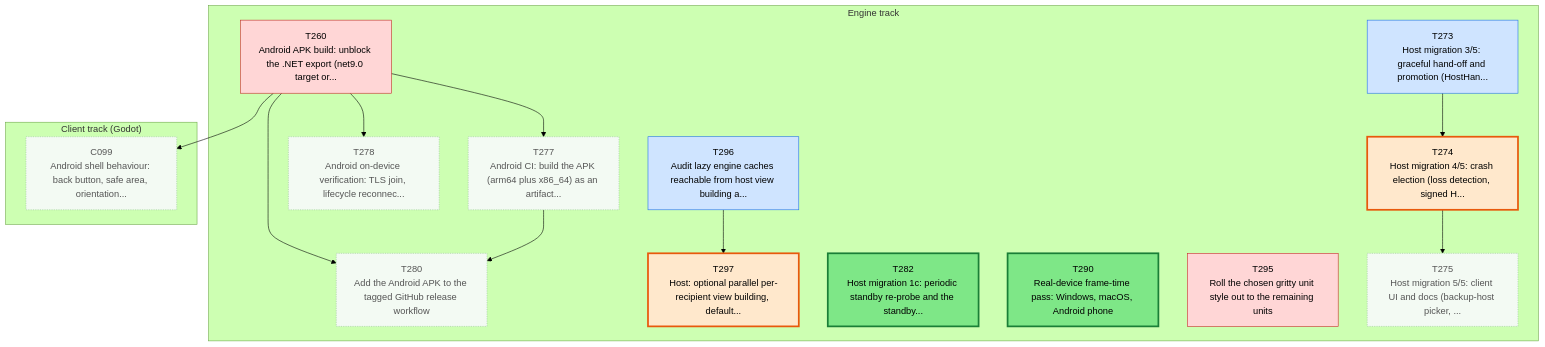
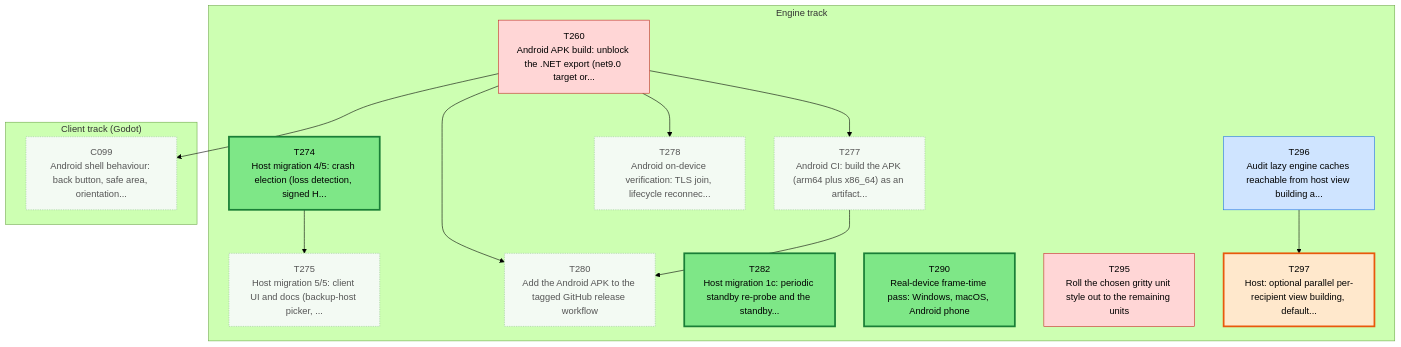
Before and after one commit to Kenmura/Unciv: the first of 3 diagrams in csharp/migration/DEPENDENCY_MAP.md, drawn with Mermaid (forest theme). The commit also changed other lines of this file and 1 other file, not shown here.

Commit message:
migration: review T273 pass [Claude-T273 isolated adversarial x2]

````diff
--- a/csharp/migration/DEPENDENCY_MAP.md
+++ b/csharp/migration/DEPENDENCY_MAP.md
@@ -35,48 +35,45 @@
 ```mermaid
 flowchart TD
   subgraph TTRACK["Engine track"]
     T260["T260<br/>Android APK build: unblock the .NET export (net9.0 target or..."]
-    T273["T273<br/>Host migration 3/5: graceful hand-off and promotion (HostHan..."]
     T274["T274<br/>Host migration 4/5: crash election (loss detection, signed H..."]
     T275["T275<br/>Host migration 5/5: client UI and docs (backup-host picker, ..."]
     T277["T277<br/>Android CI: build the APK (arm64 plus x86_64) as an artifact..."]
     T278["T278<br/>Android on-device verification: TLS join, lifecycle reconnec..."]
     T280["T280<br/>Add the Android APK to the tagged GitHub release workflow"]
     T282["T282<br/>Host migration 1c: periodic standby re-probe and the standby..."]
     T290["T290<br/>Real-device frame-time pass: Windows, macOS, Android phone"]
     T295["T295<br/>Roll the chosen gritty unit style out to the remaining units"]
     T296["T296<br/>Audit lazy engine caches reachable from host view building a..."]
     T297["T297<br/>Host: optional parallel per-recipient view building, default..."]
   end
   subgraph CTRACK["Client track (Godot)"]
     C099["C099<br/>Android shell behaviour: back button, safe area, orientation..."]
   end
-  T273 --> T274
   T274 --> T275
   T260 --> T277
   T260 --> T278
   T260 --> T280
   T277 --> T280
   T296 --> T297
   T260 --> C099
   classDef waiting fill:#f3faf3,stroke:#9bc49b,color:#555,stroke-dasharray:2 2
   classDef ondeck fill:#ffe8cc,stroke:#e8590c,stroke-width:3px,color:#000
   classDef ready fill:#7ee787,stroke:#1a7f37,stroke-width:3px,color:#000
   classDef prog fill:#fff3b0,stroke:#b58900,color:#000
   classDef review fill:#cfe4ff,stroke:#1f6feb,color:#000
   classDef blocked fill:#ffd6d6,stroke:#c62828,color:#000
   classDef done fill:#eeeeee,stroke:#999999,color:#666,stroke-dasharray:4 3
   class C099 waiting
   class T260 blocked
-  class T273 review
-  class T274 ondeck
+  class T274 ready
   class T275 waiting
   class T277 waiting
   class T278 waiting
   class T280 waiting
   class T282 ready
   class T290 ready
   class T295 blocked
   class T296 review
   class T297 ondeck
 ```
````
